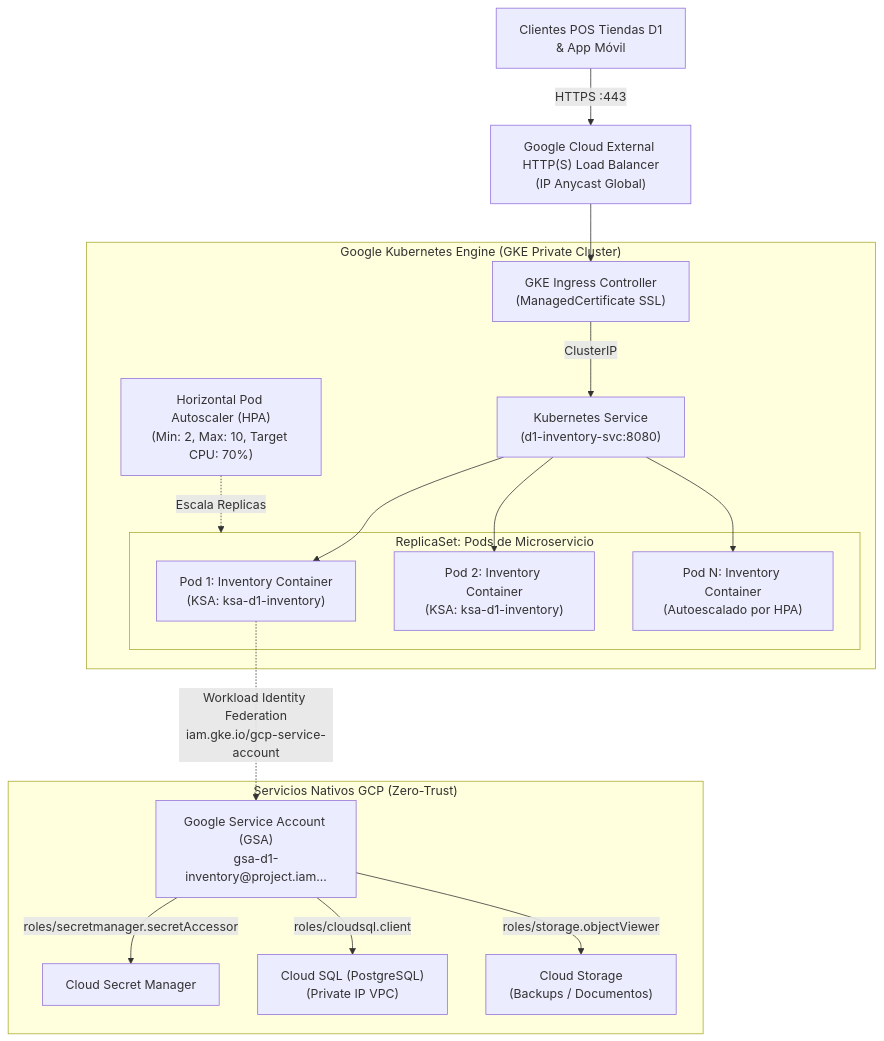
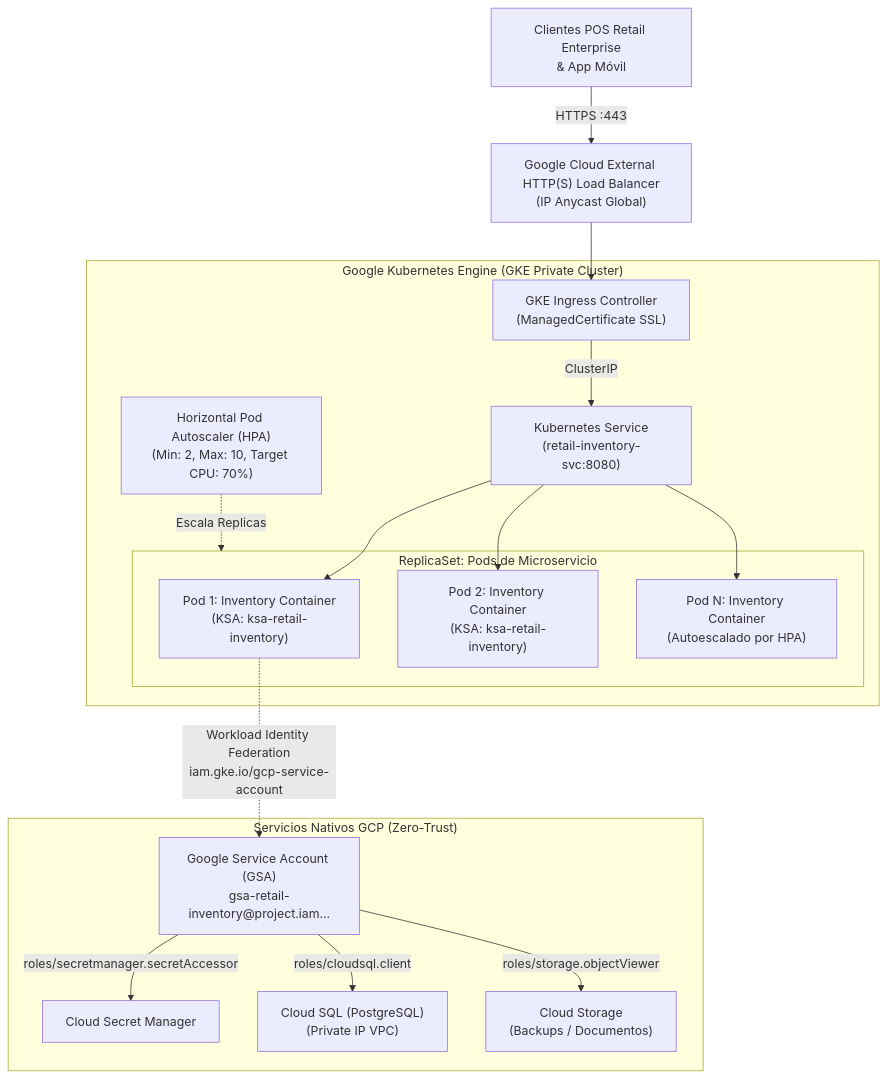
The diagram in docs/05_S4_KUBERNETES_EN_PRODUCCION.md (develasquez/full-stack-engineer), drawn with Mermaid before and after one commit. The commit also changed other lines of this file and 57 other files, not shown here.

Commit message:
feat: reestructuracion completa a Retail Enterprise, ciclos SDD concisos y eliminacion de artefactos dinamicos

````diff
--- a/docs/05_S4_KUBERNETES_EN_PRODUCCION.md
+++ b/docs/05_S4_KUBERNETES_EN_PRODUCCION.md
@@ -29,34 +29,34 @@
 ```mermaid
 flowchart TD
-    Internet["Clientes POS Tiendas D1\n& App Móvil"] -->|HTTPS :443| LB["Google Cloud External HTTP(S) Load Balancer\n(IP Anycast Global)"]
+    Internet["Clientes POS Retail Enterprise\n& App Móvil"] -->|HTTPS :443| LB["Google Cloud External HTTP(S) Load Balancer\n(IP Anycast Global)"]
     
     subgraph GKECluster ["Google Kubernetes Engine (GKE Private Cluster)"]
-        Ingress["GKE Ingress Controller\n(ManagedCertificate SSL)"] -->|ClusterIP| Svc["Kubernetes Service\n(d1-inventory-svc:8080)"]
+        Ingress["GKE Ingress Controller\n(ManagedCertificate SSL)"] -->|ClusterIP| Svc["Kubernetes Service\n(retail-inventory-svc:8080)"]
         
         subgraph PodGroup ["ReplicaSet: Pods de Microservicio"]
-            Pod1["Pod 1: Inventory Container\n(KSA: ksa-d1-inventory)"]
-            Pod2["Pod 2: Inventory Container\n(KSA: ksa-d1-inventory)"]
+            Pod1["Pod 1: Inventory Container\n(KSA: ksa-retail-inventory)"]
+            Pod2["Pod 2: Inventory Container\n(KSA: ksa-retail-inventory)"]
             Pod3["Pod N: Inventory Container\n(Autoescalado por HPA)"]
         end
         
         Svc --> Pod1
         Svc --> Pod2
         Svc --> Pod3
         
         HPA["Horizontal Pod Autoscaler (HPA)\n(Min: 2, Max: 10, Target CPU: 70%)"] -.->|Escala Replicas| PodGroup
     end
     
     LB --> Ingress
 
     subgraph GCPCloud ["Servicios Nativos GCP (Zero-Trust)"]
-        GSA["Google Service Account (GSA)\ngsa-d1-inventory@project.iam..."]
+        GSA["Google Service Account (GSA)\ngsa-retail-inventory@project.iam..."]
         SecretMgr["Cloud Secret Manager"]
         CloudSQL["Cloud SQL (PostgreSQL)\n(Private IP VPC)"]
         GCS["Cloud Storage\n(Backups / Documentos)"]
     end
 
     Pod1 -.->|Workload Identity Federation\niam.gke.io/gcp-service-account| GSA
     GSA -->|roles/secretmanager.secretAccessor| SecretMgr
     GSA -->|roles/cloudsql.client| CloudSQL
     GSA -->|roles/storage.objectViewer| GCS
 ```
````
